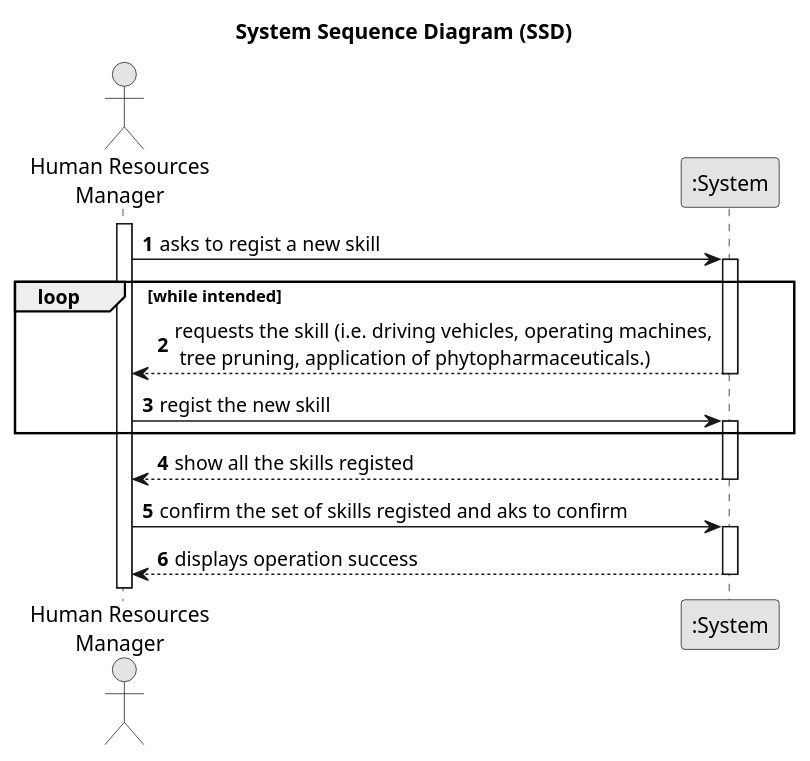
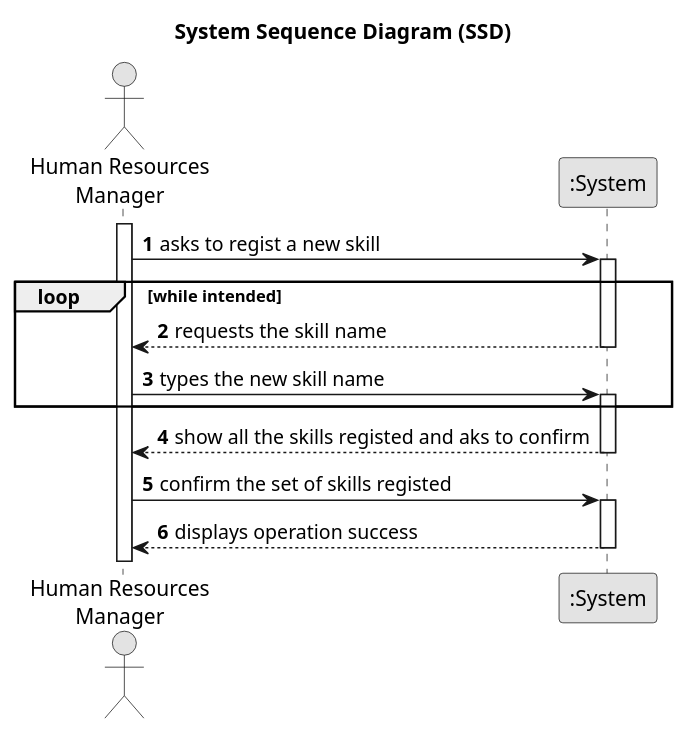
The diagram in docs/sprintA/us001/01.requirements-engineering/puml/us001-system-sequence-diagram.puml (1231360-ISEP/lei-24-s2-1db-g021), drawn with PlantUML before and after one commit. The commit also changed 3 other files, not shown here.

```diff
--- a/docs/sprintA/us001/01.requirements-engineering/puml/us001-system-sequence-diagram.puml
+++ b/docs/sprintA/us001/01.requirements-engineering/puml/us001-system-sequence-diagram.puml
@@ -1,36 +1,36 @@
 @startuml
 skinparam monochrome true
 skinparam packageStyle rectangle
 skinparam shadowing false
 
 title System Sequence Diagram (SSD)
 
 autonumber
 
 actor "Human Resources\nManager" as HRM
 participant ":System" as System
 
 activate HRM
 
     HRM -> System : asks to regist a new skill
     activate System
 
     loop while intended
-            System --> HRM : requests the skill (i.e. driving vehicles, operating machines,\n tree pruning, application of phytopharmaceuticals.)
+            System --> HRM : requests the skill name
         deactivate System
 
-        HRM -> System : regist the new skill
+        HRM -> System : types the new skill name
         activate System
     end
 
-        System --> HRM : show all the skills registed
+        System --> HRM : show all the skills registed and aks to confirm
     deactivate System
 
-    HRM -> System : confirm the set of skills registed and aks to confirm
+    HRM -> System : confirm the set of skills registed
     activate System
 
     System --> HRM : displays operation success
     deactivate System
 
 
 @enduml
```
